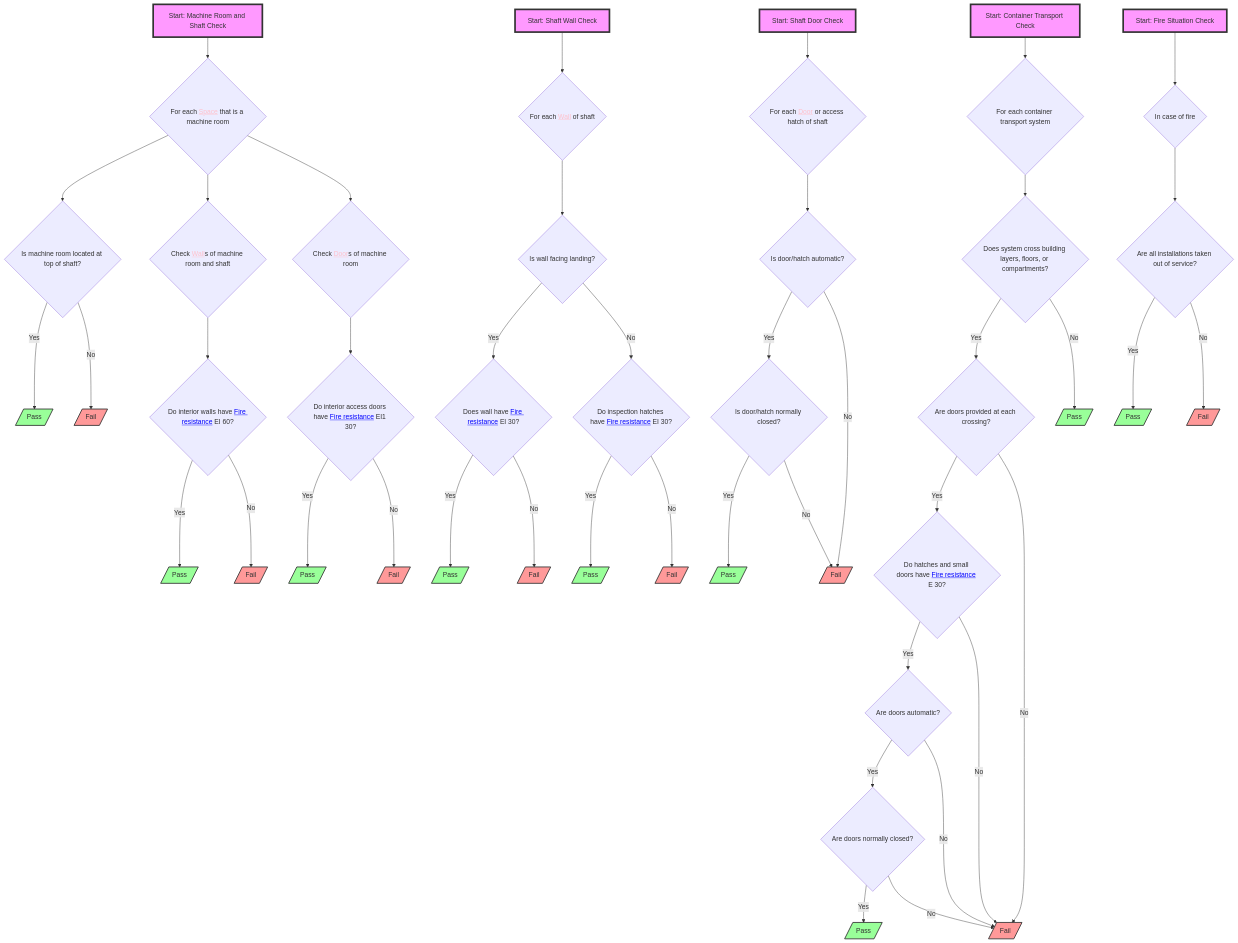
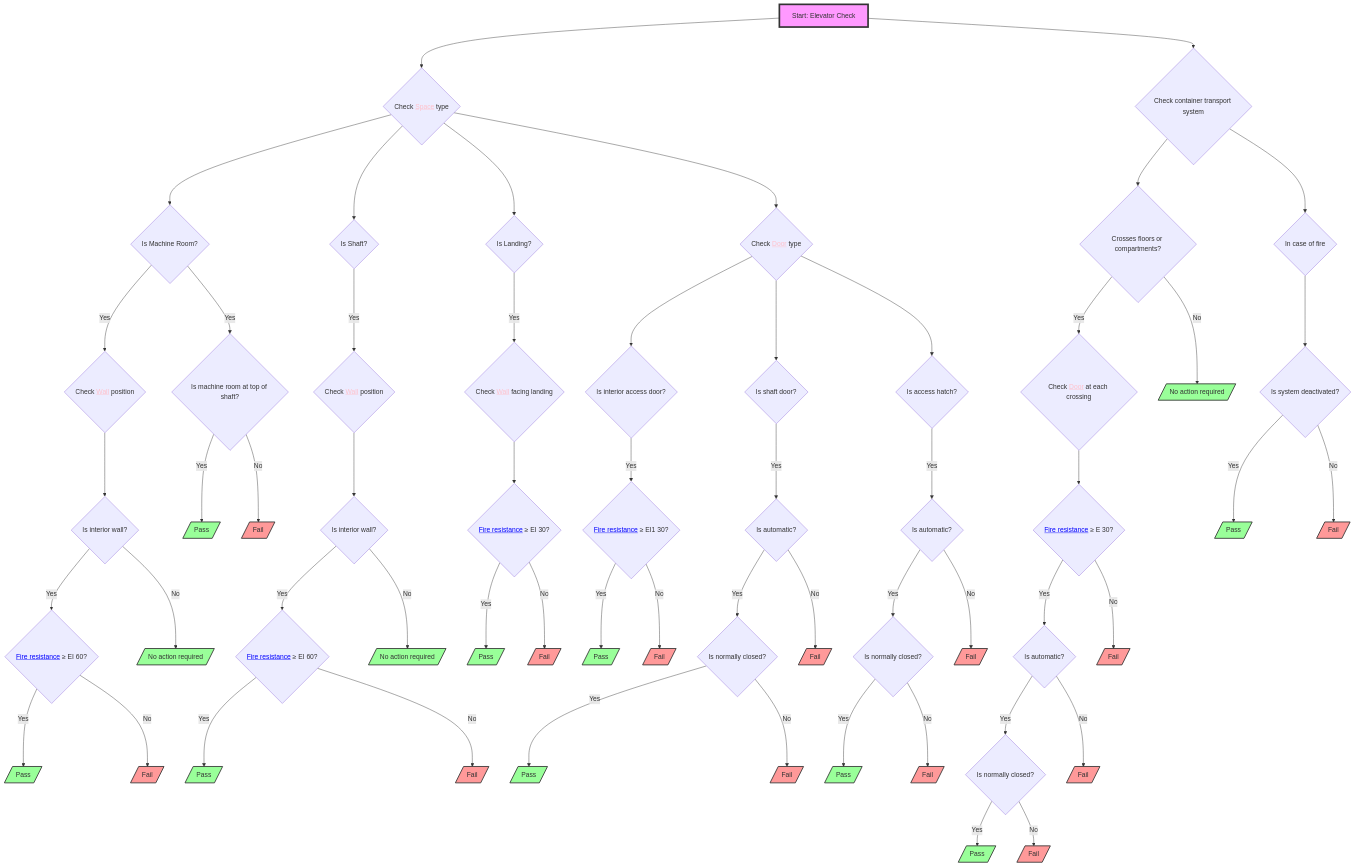
One commit to CedricDriesen92/RulebookProcessing changed the diagram in mmddiagrams/section_6_2_1.mmd. Above: the diagram before and after it, drawn with Mermaid. The commit also changed 27 other files, not shown here.

```diff
--- a/mmddiagrams/section_6_2_1.mmd
+++ b/mmddiagrams/section_6_2_1.mmd
@@ -1,68 +1,81 @@
 flowchart TD
-    S1["Start: Machine Room and Shaft Check"] --> A{"For each <a href='http://example.com/firebimbuilding#Space' style='color:pink;'>Space</a> that is a machine room"}
-    A --> B{"Is machine room located at top of shaft?"}
-    B -- Yes --> C[/"Pass"/]
-    B -- No --> D[/"Fail"/]
-    A --> E{"Check <a href='http://example.com/firebimbuilding#Wall' style='color:pink;'>Wall</a>s of machine room and shaft"}
-    E --> F{"Do interior walls have <a href='http://example.com/firebimbuilding#FireResistance' style='color:blue;'>Fire resistance</a> EI 60?"}
-    F -- Yes --> G[/"Pass"/]
-    F -- No --> H[/"Fail"/]
-    A --> I{"Check <a href='http://example.com/firebimbuilding#Door' style='color:pink;'>Door</a>s of machine room"}
-    I --> J{"Do interior access doors have <a href='http://example.com/firebimbuilding#FireResistance' style='color:blue;'>Fire resistance</a> EI1 30?"}
-    J -- Yes --> K[/"Pass"/]
-    J -- No --> L[/"Fail"/]
-    S2["Start: Shaft Wall Check"] --> M{"For each <a href='http://example.com/firebimbuilding#Wall' style='color:pink;'>Wall</a> of shaft"}
-    M --> N{"Is wall facing landing?"}
-    N -- Yes --> O{"Does wall have <a href='http://example.com/firebimbuilding#FireResistance' style='color:blue;'>Fire resistance</a> EI 30?"}
-    O -- Yes --> P[/"Pass"/]
-    O -- No --> Q[/"Fail"/]
-    N -- No --> R{"Do inspection hatches have <a href='http://example.com/firebimbuilding#FireResistance' style='color:blue;'>Fire resistance</a> EI 30?"}
+    S1["Start: Elevator Check"] --> A{"Check <a href='http://example.com/firebimbuilding#Space' style='color:pink;'>Space</a> type"}
+    A --> B{"Is Machine Room?"} & C{"Is Shaft?"} & D{"Is Landing?"}
+    B -- Yes --> E{"Check <a href='http://example.com/firebimbuilding#Wall' style='color:pink;'>Wall</a> position"}
+    E --> F{"Is interior wall?"}
+    F -- Yes --> G{"<a href='http://example.com/firebimbuilding#FireResistance' style='color:blue;'>Fire resistance</a> ≥ EI 60?"}
+    G -- Yes --> H[/"Pass"/]
+    G -- No --> I[/"Fail"/]
+    F -- No --> J[/"No action required"/]
+    C -- Yes --> K{"Check <a href='http://example.com/firebimbuilding#Wall' style='color:pink;'>Wall</a> position"}
+    K --> L{"Is interior wall?"}
+    L -- Yes --> M{"<a href='http://example.com/firebimbuilding#FireResistance' style='color:blue;'>Fire resistance</a> ≥ EI 60?"}
+    M -- Yes --> N[/"Pass"/]
+    M -- No --> O[/"Fail"/]
+    L -- No --> P[/"No action required"/]
+    D -- Yes --> Q{"Check <a href='http://example.com/firebimbuilding#Wall' style='color:pink;'>Wall</a> facing landing"}
+    Q --> R{"<a href='http://example.com/firebimbuilding#FireResistance' style='color:blue;'>Fire resistance</a> ≥ EI 30?"}
     R -- Yes --> S[/"Pass"/]
     R -- No --> T[/"Fail"/]
-    S3["Start: Shaft Door Check"] --> U{"For each <a href='http://example.com/firebimbuilding#Door' style='color:pink;'>Door</a> or access hatch of shaft"}
-    U --> V{"Is door/hatch automatic?"}
-    V -- Yes --> W{"Is door/hatch normally closed?"}
-    W -- Yes --> X[/"Pass"/]
-    W -- No --> Y[/"Fail"/]
-    V -- No --> Y
-    S4["Start: Container Transport Check"] --> Z{"For each container transport system"}
-    Z --> AA{"Does system cross building layers, floors, or compartments?"}
-    AA -- Yes --> AB{"Are doors provided at each crossing?"}
-    AB -- Yes --> AC{"Do hatches and small doors have <a href='http://example.com/firebimbuilding#FireResistance' style='color:blue;'>Fire resistance</a> E 30?"}
-    AC -- Yes --> AD{"Are doors automatic?"}
-    AD -- Yes --> AE{"Are doors normally closed?"}
-    AE -- Yes --> AF[/"Pass"/]
-    AE -- No --> AG[/"Fail"/]
-    AD -- No --> AG
-    AC -- No --> AG
-    AB -- No --> AG
-    AA -- No --> AH[/"Pass"/]
-    S5["Start: Fire Situation Check"] --> AI{"In case of fire"}
-    AI --> AJ{"Are all installations taken out of service?"}
-    AJ -- Yes --> AK[/"Pass"/]
-    AJ -- No --> AL[/"Fail"/]
-    S1:::startClass
-    S2:::startClass
-    S3:::startClass
-    S4:::startClass
-    S5:::startClass
-    C:::passClass
-    D:::failClass
-    G:::passClass
-    H:::failClass
-    K:::passClass
-    L:::failClass
-    P:::passClass
-    Q:::failClass
-    S:::passClass
-    T:::failClass
-    X:::passClass
-    Y:::failClass
-    AF:::passClass
-    AG:::failClass
-    AH:::passClass
-    AK:::passClass
-    AL:::failClass
+    A --> U{"Check <a href='http://example.com/firebimbuilding#Door' style='color:pink;'>Door</a> type"}
+    U --> V{"Is interior access door?"} & W{"Is shaft door?"} & X{"Is access hatch?"}
+    V -- Yes --> Y{"<a href='http://example.com/firebimbuilding#FireResistance' style='color:blue;'>Fire resistance</a> ≥ EI1 30?"}
+    Y -- Yes --> Z[/"Pass"/]
+    Y -- No --> AA[/"Fail"/]
+    W -- Yes --> AB{"Is automatic?"}
+    AB -- Yes --> AC{"Is normally closed?"}
+    AC -- Yes --> AD[/"Pass"/]
+    AC -- No --> AE[/"Fail"/]
+    AB -- No --> AF[/"Fail"/]
+    X -- Yes --> AG{"Is automatic?"}
+    AG -- Yes --> AH{"Is normally closed?"}
+    AH -- Yes --> AI[/"Pass"/]
+    AH -- No --> AJ[/"Fail"/]
+    AG -- No --> AK[/"Fail"/]
+    S1 --> AL{"Check container transport system"}
+    AL --> AM{"Crosses floors or compartments?"}
+    AM -- Yes --> AN{"Check <a href='http://example.com/firebimbuilding#Door' style='color:pink;'>Door</a> at each crossing"}
+    AN --> AO{"<a href='http://example.com/firebimbuilding#FireResistance' style='color:blue;'>Fire resistance</a> ≥ E 30?"}
+    AO -- Yes --> AP{"Is automatic?"}
+    AP -- Yes --> AQ{"Is normally closed?"}
+    AQ -- Yes --> AR[/"Pass"/]
+    AQ -- No --> AS[/"Fail"/]
+    AP -- No --> AT[/"Fail"/]
+    AO -- No --> AU[/"Fail"/]
+    AM -- No --> AV[/"No action required"/]
+    AL --> AW{"In case of fire"}
+    AW --> AX{"Is system deactivated?"}
+    AX -- Yes --> AY[/"Pass"/]
+    AX -- No --> AZ[/"Fail"/]
+    B -- Yes --> BA{"Is machine room at top of shaft?"}
+    BA -- Yes --> BB[/"Pass"/]
+    BA -- No --> BC[/"Fail"/]
+     S1:::startClass
+     H:::passClass
+     I:::failClass
+     J:::passClass
+     N:::passClass
+     O:::failClass
+     P:::passClass
+     S:::passClass
+     T:::failClass
+     Z:::passClass
+     AA:::failClass
+     AD:::passClass
+     AE:::failClass
+     AF:::failClass
+     AI:::passClass
+     AJ:::failClass
+     AK:::failClass
+     AR:::passClass
+     AS:::failClass
+     AT:::failClass
+     AU:::failClass
+     AV:::passClass
+     AY:::passClass
+     AZ:::failClass
+     BB:::passClass
+     BC:::failClass
     classDef startClass fill:#f9f,stroke:#333,stroke-width:4px
     classDef passClass fill:#9f9,stroke:#333,stroke-width:2px
     classDef failClass fill:#f99,stroke:#333,stroke-width:2px
```
